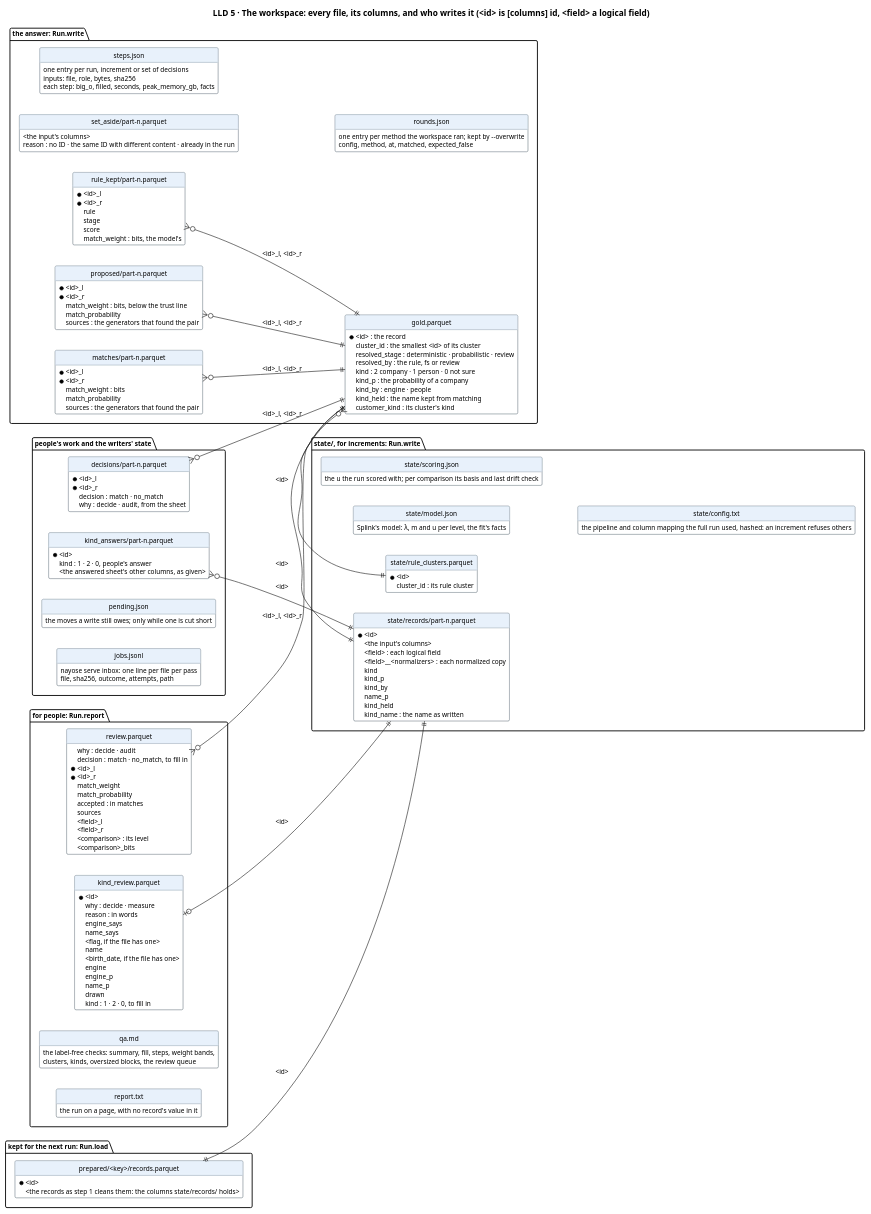
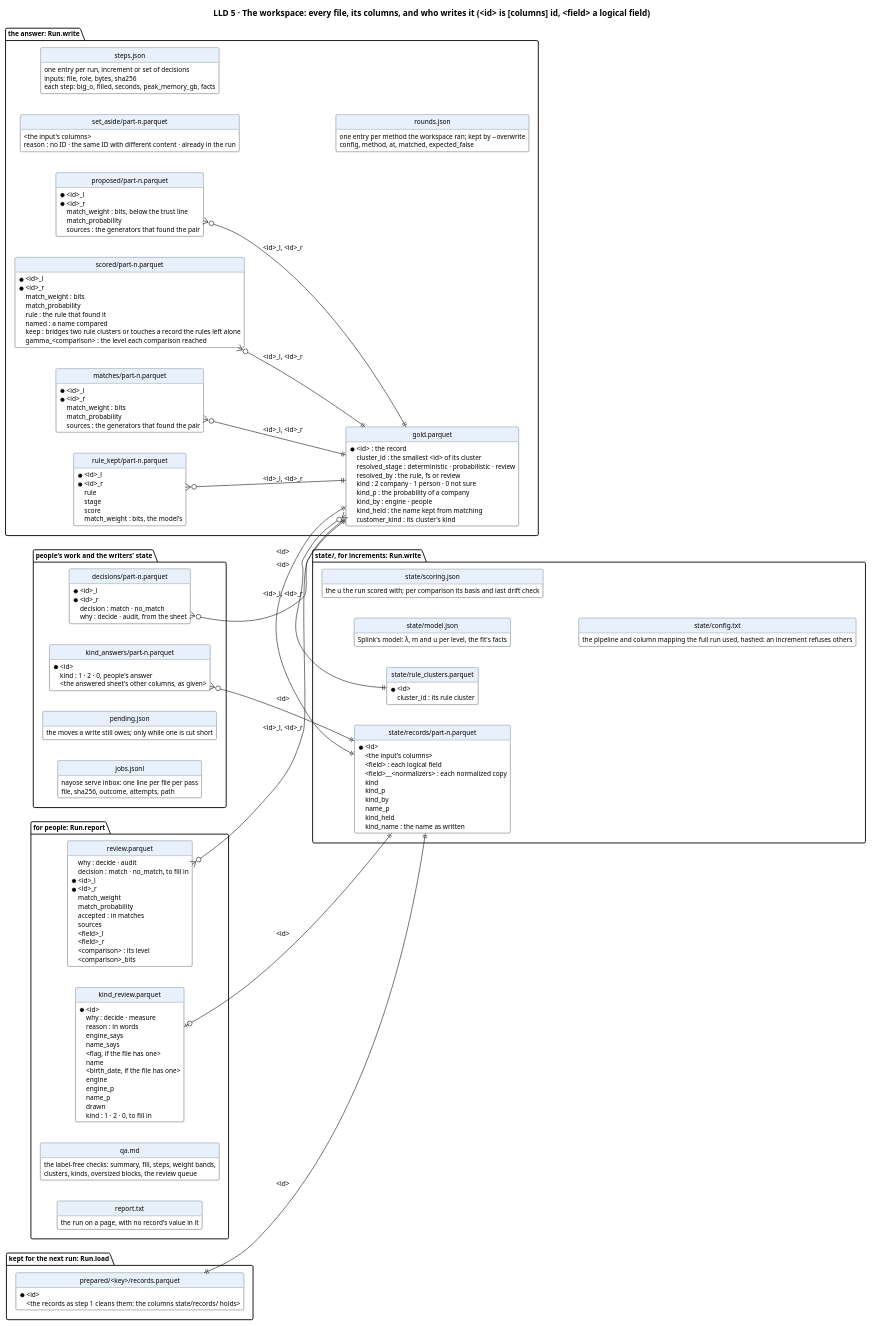
One commit to mvsbm/entity_matching changed the diagram in docs/diagrams/data.puml. Above: the diagram before and after it, drawn with PlantUML. The commit also changed 19 other files, not shown here.

```diff
--- a/docs/diagrams/data.puml
+++ b/docs/diagrams/data.puml
@@ -1,170 +1,182 @@
 @startuml data
 title LLD 5 · The workspace: every file, its columns, and who writes it (<id> is [columns] id, <field> a logical field)
 set namespaceSeparator none
 left to right direction
 hide circle
 hide methods
 skinparam defaultFontSize 11
 skinparam class {
   BackgroundColor #FFFFFF
   BorderColor #65717E
   HeaderBackgroundColor #E8F1FB
 }
 
 package "the answer: Run.write" {
   entity "gold.parquet" as gold {
     * <id> : the record
     cluster_id : the smallest <id> of its cluster
     resolved_stage : deterministic · probabilistic · review
     resolved_by : the rule, fs or review
     kind : 2 company · 1 person · 0 not sure
     kind_p : the probability of a company
     kind_by : engine · people
     kind_held : the name kept from matching
     customer_kind : its cluster's kind
   }
   entity "matches/part-n.parquet" as matches {
     * <id>_l
     * <id>_r
     match_weight : bits
     match_probability
     sources : the generators that found the pair
   }
   entity "rule_kept/part-n.parquet" as rule_kept {
     * <id>_l
     * <id>_r
     rule
     stage
     score
     match_weight : bits, the model's
     merged : at the trust line or above (none set: every pair), and no no_match
   }
   entity "proposed/part-n.parquet" as proposed {
     * <id>_l
     * <id>_r
     match_weight : bits, below the trust line
     match_probability
     sources : the generators that found the pair
+  }
+  entity "scored/part-n.parquet" as scored {
+    * <id>_l
+    * <id>_r
+    match_weight : bits
+    match_probability
+    sources : the generators that found the pair (none: a rule alone)
+    rule : the rule that found it
+    named : a name compared
+    keep : bridges two rule clusters or touches a record the rules left alone
+    gamma_<comparison> : the level each comparison reached
   }
   entity "set_aside/part-n.parquet" as set_aside {
     <the input's columns>
     reason : no ID · the same ID with different content · already in the run
   }
   entity "steps.json" as steps {
     one entry per run, increment or set of decisions
     inputs: file, role, bytes, sha256
     each step: big_o, filled, seconds, peak_memory_gb, facts
   }
   entity "rounds.json" as rounds {
     one entry per method the workspace ran; kept by --overwrite
     config, method, at, matched, expected_false
   }
 }
 
 package "state/, for increments: Run.write" {
   entity "state/records/part-n.parquet" as records {
     * <id>
     <the input's columns>
     <field> : each logical field
     <field>__<normalizers> : each normalized copy
     kind
     kind_p
     kind_by
     name_p
     kind_held
     kind_name : the name as written
   }
   entity "state/rule_clusters.parquet" as rule_clusters {
     * <id>
     cluster_id : its rule cluster
   }
   entity "state/model.json" as model {
     Splink's model: λ, m and u per level, the fit's facts
   }
   entity "state/scoring.json" as scoring {
     the u the run scored with; per comparison its basis and last drift check
   }
   entity "state/config.txt" as config {
     the pipeline and column mapping the full run used, hashed: an increment refuses others
   }
 }
 
 package "kept for the next run: Run.load" {
   entity "prepared/<key>/records.parquet" as prepared {
     * <id>
     <the records as step 1 cleans them: the columns state/records/ holds>
   }
 }
 
 package "for people: Run.report" {
   entity "review.parquet" as review {
     why : decide · audit
     decision : match · no_match, to fill in
     * <id>_l
     * <id>_r
     match_weight
     match_probability
     accepted : in matches
     sources
     <field>_l
     <field>_r
     <comparison> : its level
     <comparison>_bits
   }
   entity "kind_review.parquet" as kind_review {
     * <id>
     why : decide · measure
     reason : in words
     engine_says
     name_says
     <flag, if the file has one>
     name
     <birth_date, if the file has one>
     engine
     engine_p
     name_p
     drawn
     kind : 1 · 2 · 0, to fill in
   }
   entity "qa.md" as qa {
     the label-free checks: summary, fill, steps, weight bands,
     clusters, kinds, oversized blocks, the review queue
   }
   entity "report.txt" as report {
     the run on a page, with no record's value in it
   }
 }
 
 package "people's work and the writers' state" {
   entity "decisions/part-n.parquet" as decisions {
     * <id>_l
     * <id>_r
     decision : match · no_match
     why : decide · audit, from the sheet
     round : the round it was decided in (rounds.json)
   }
   entity "kind_answers/part-n.parquet" as kind_answers {
     * <id>
     kind : 1 · 2 · 0, people's answer
     <the answered sheet's other columns, as given>
   }
   entity "pending.json" as pending {
     the moves a write still owes; only while one is cut short
   }
   entity "jobs.jsonl" as jobs {
     nayose serve inbox: one line per file per pass
     file, sha256, outcome, attempts, path
   }
 }
 
 gold }o--|| rule_clusters : <id>
 matches }o--|| gold : <id>_l, <id>_r
 rule_kept }o--|| gold : <id>_l, <id>_r
 proposed }o--|| gold : <id>_l, <id>_r
+scored }o--|| gold : <id>_l, <id>_r
 records ||--|| gold : <id>
 kind_answers }o--|| records : <id>
 prepared ||--|| records : <id>
 review }o--|| gold : <id>_l, <id>_r
 kind_review |o--|| records : <id>
 decisions }o--|| gold : <id>_l, <id>_r
 @enduml
```
